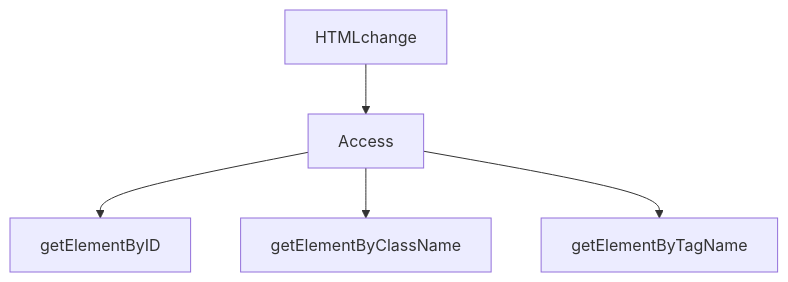
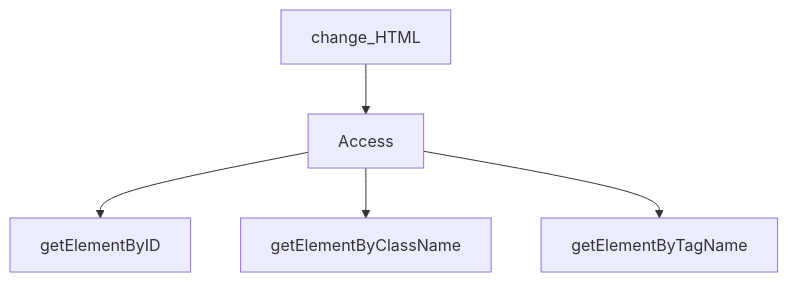
The second of 2 diagrams in DOM.md (siddharthkumarrai/Javascript_guide), drawn with Mermaid before and after one commit.

````diff
--- a/DOM.md
+++ b/DOM.md
@@ -27,9 +27,9 @@
 ```mermaid
 graph TB;
 
-    HTMLchange --> Access;
+    change_HTML --> Access;
     Access --> getElementByID;
     Access --> getElementByClassName;
     Access --> getElementByTagName;
 
 ```
````
